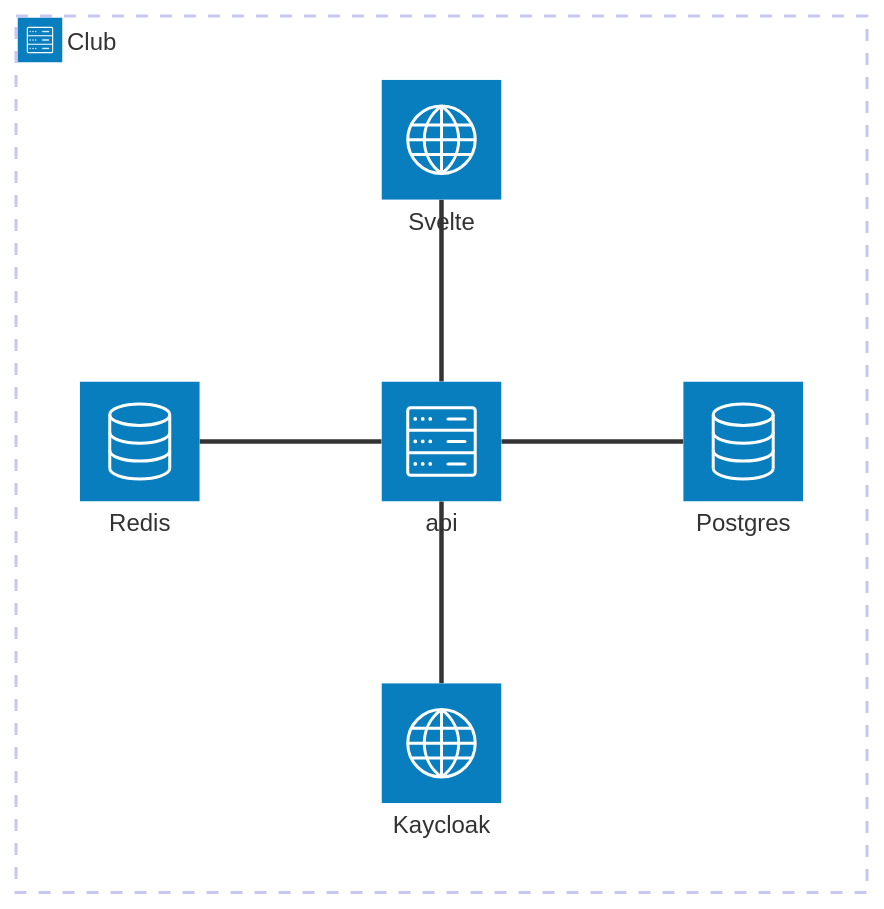
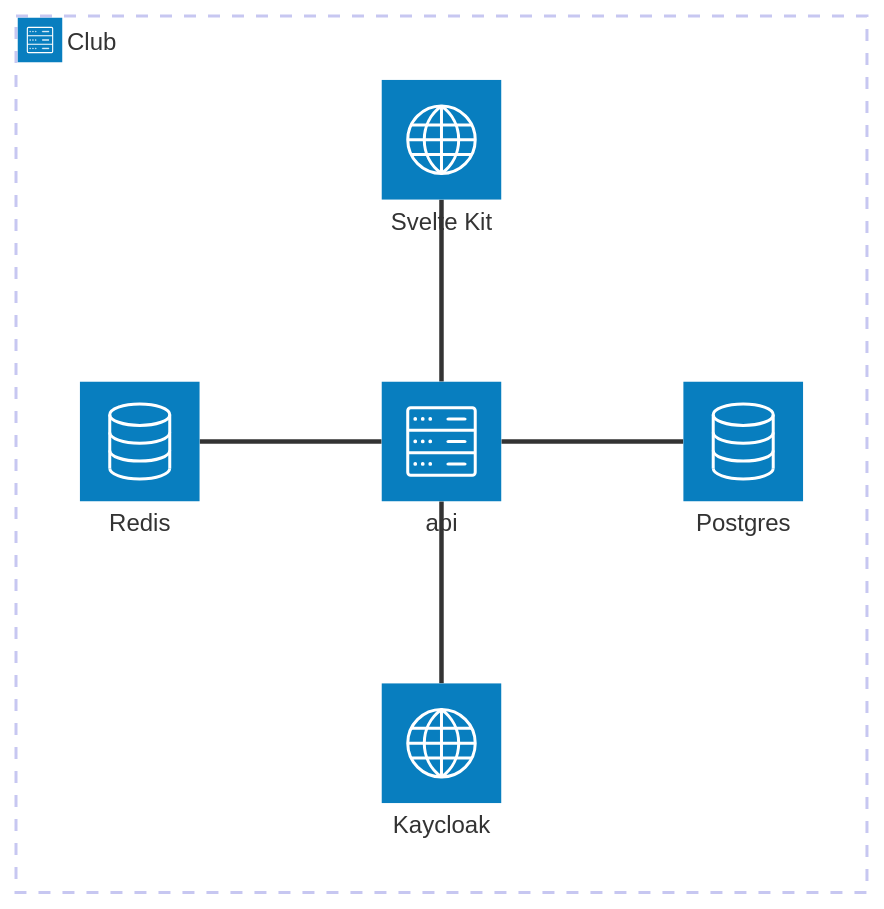
The diagram in README.md (kayordDX/club), drawn with Mermaid before and after one commit. The commit also changed 9 other files, not shown here.

````diff
--- a/README.md
+++ b/README.md
@@ -7,15 +7,15 @@
 ```mermaid
 architecture-beta
     group club(server)[Club]
 
     service db(database)[Postgres] in club
     service redis(database)[Redis] in club
     service api(server)[api] in club
-    service svelte(internet)[Svelte] in club
+    service svelte(internet)[Svelte Kit] in club
     service keycloak(internet)[Kaycloak] in club
 
     svelte:B -- T:api
     db:L -- R:api
     redis:R -- L:api
     keycloak:T -- B:api
 ```
````
